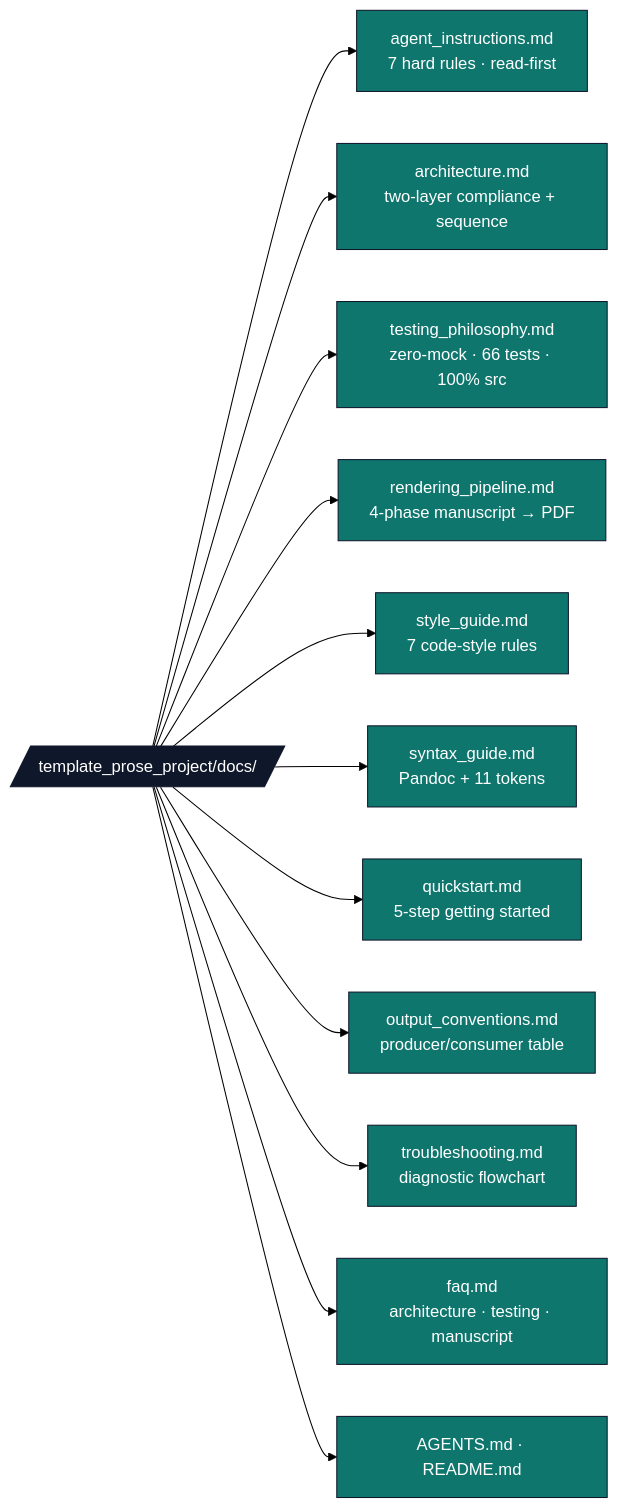
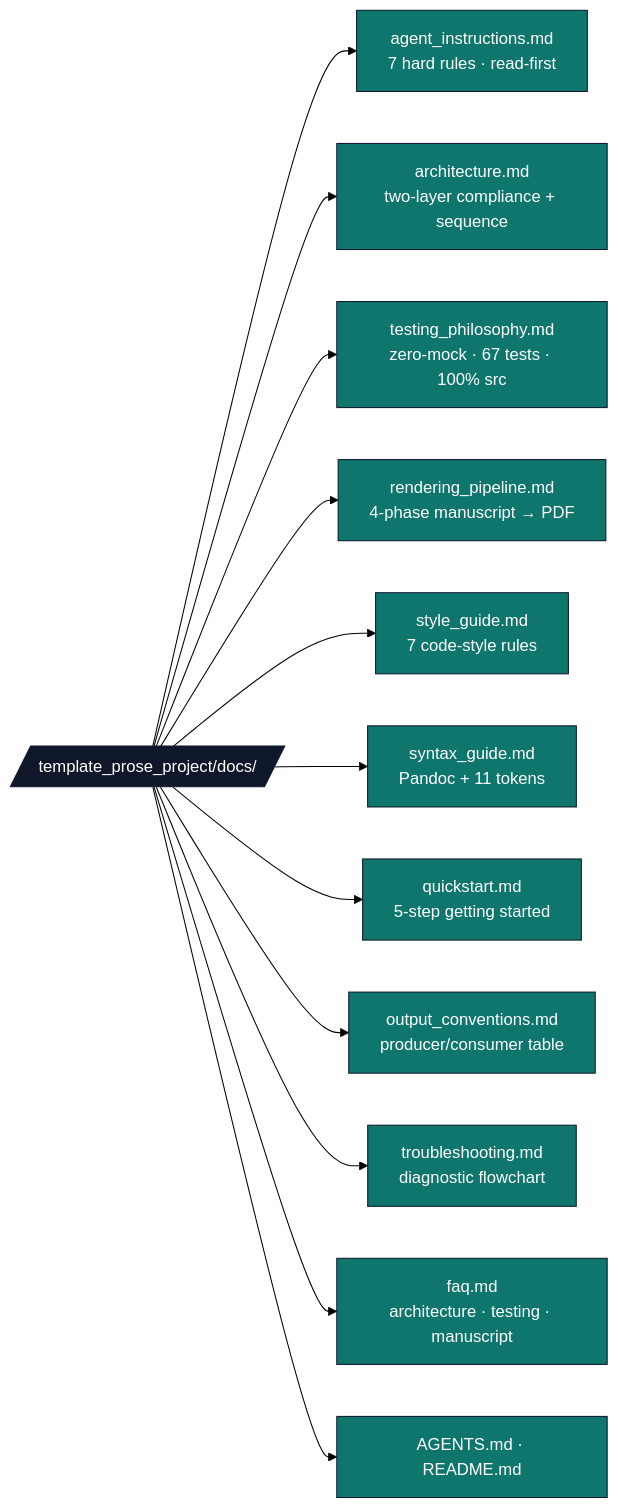
Before and after one commit to docxology/template: the diagram in projects/template_prose_project/docs/README.md, drawn with Mermaid (forest theme). The commit also changed other lines of this file and 952 other files, not shown here.

````diff
--- a/projects/template_prose_project/docs/README.md
+++ b/projects/template_prose_project/docs/README.md
@@ -5,20 +5,20 @@
 ```mermaid
 flowchart LR
     HUB[/template_prose_project/docs//]
     HUB --> AI[agent_instructions.md<br/>7 hard rules · read-first]
     HUB --> ARCH[architecture.md<br/>two-layer compliance + sequence]
-    HUB --> TP[testing_philosophy.md<br/>zero-mock · 66 tests · 100% src]
+    HUB --> TP[testing_philosophy.md<br/>zero-mock · 67 tests · 100% src]
     HUB --> RP[rendering_pipeline.md<br/>4-phase manuscript → PDF]
     HUB --> SG[style_guide.md<br/>7 code-style rules]
     HUB --> SX[syntax_guide.md<br/>Pandoc + 11 tokens]
     HUB --> QS[quickstart.md<br/>5-step getting started]
     HUB --> OC[output_conventions.md<br/>producer/consumer table]
     HUB --> TS[troubleshooting.md<br/>diagnostic flowchart]
     HUB --> FAQ[faq.md<br/>architecture · testing · manuscript]
     HUB --> META[AGENTS.md · README.md]
 
     classDef d fill:#0f172a,stroke:#0f172a,color:#fff
     classDef f fill:#0f766e,stroke:#0f172a,color:#fff
     class HUB d
     class AI,ARCH,TP,RP,SG,SX,QS,OC,TS,FAQ,META f
 ```
````
